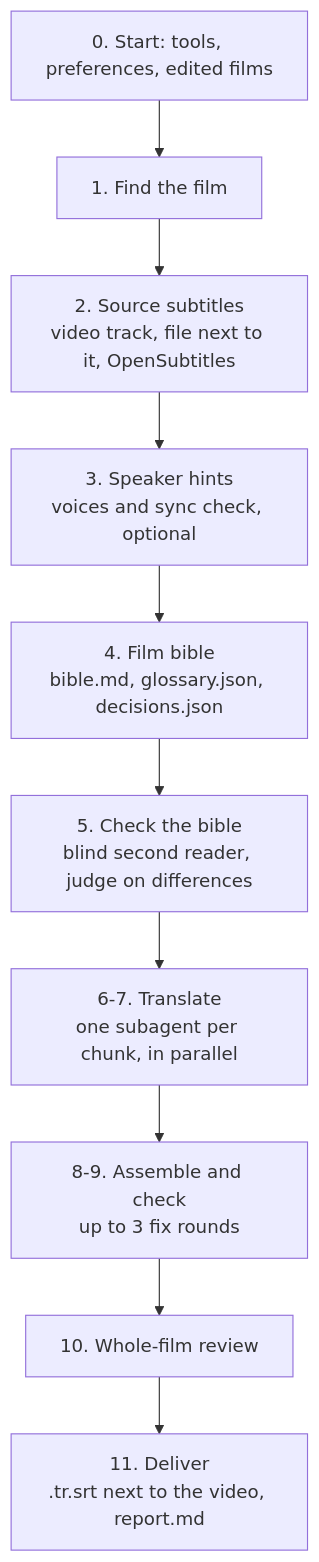
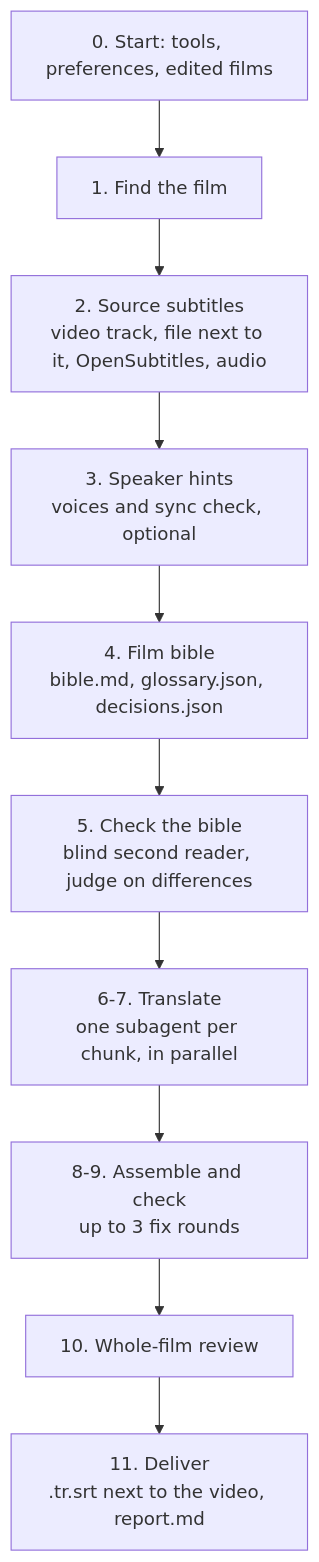
The diagram in docs/architecture.md (specialone0007/subtitle-it), drawn with Mermaid before and after one commit. The commit also changed other lines of this file and 7 other files, not shown here.

````diff
--- a/docs/architecture.md
+++ b/docs/architecture.md
@@ -19,12 +19,12 @@
 ```mermaid
 flowchart TD
     A[0. Start: tools, preferences, edited films] --> B[1. Find the film]
-    B --> C[2. Source subtitles<br>video track, file next to it, OpenSubtitles]
+    B --> C[2. Source subtitles<br>video track, file next to it, OpenSubtitles, audio]
     C --> D[3. Speaker hints<br>voices and sync check, optional]
     D --> E[4. Film bible<br>bible.md, glossary.json, decisions.json]
     E --> F[5. Check the bible<br>blind second reader, judge on differences]
     F --> G[6-7. Translate<br>one subagent per chunk, in parallel]
     G --> H[8-9. Assemble and check<br>up to 3 fix rounds]
     H --> I[10. Whole-film review]
     I --> J[11. Deliver<br>.tr.srt next to the video, report.md]
 ```
````
